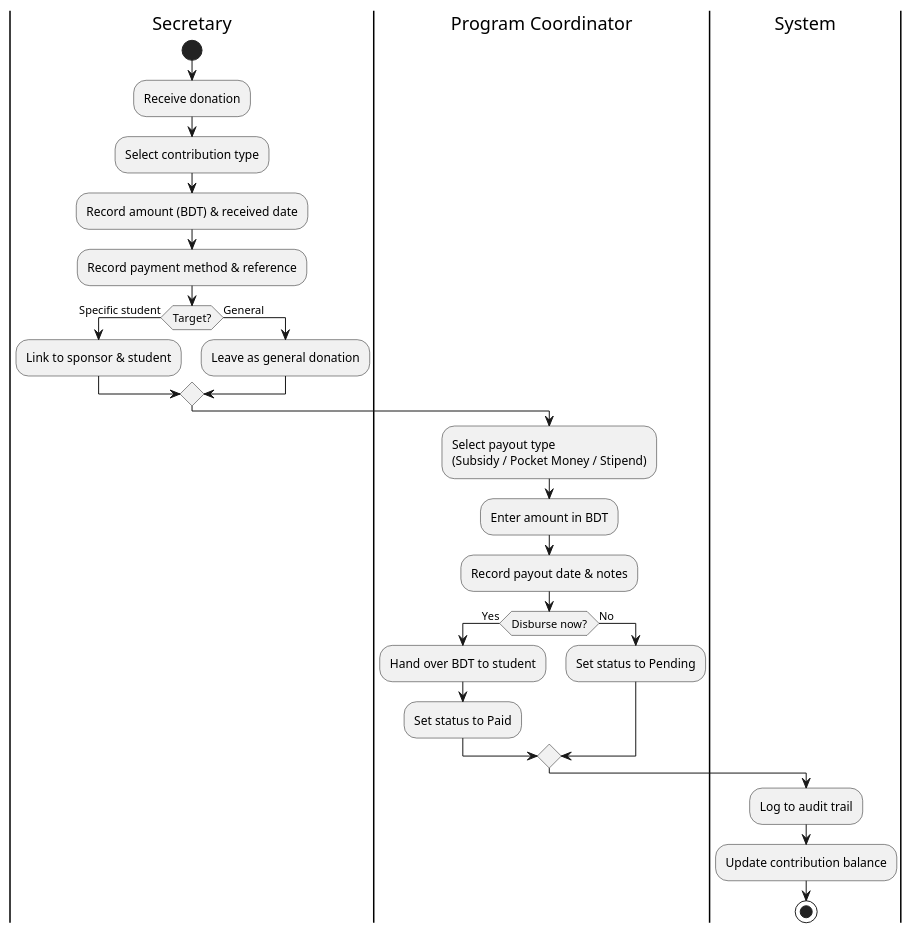
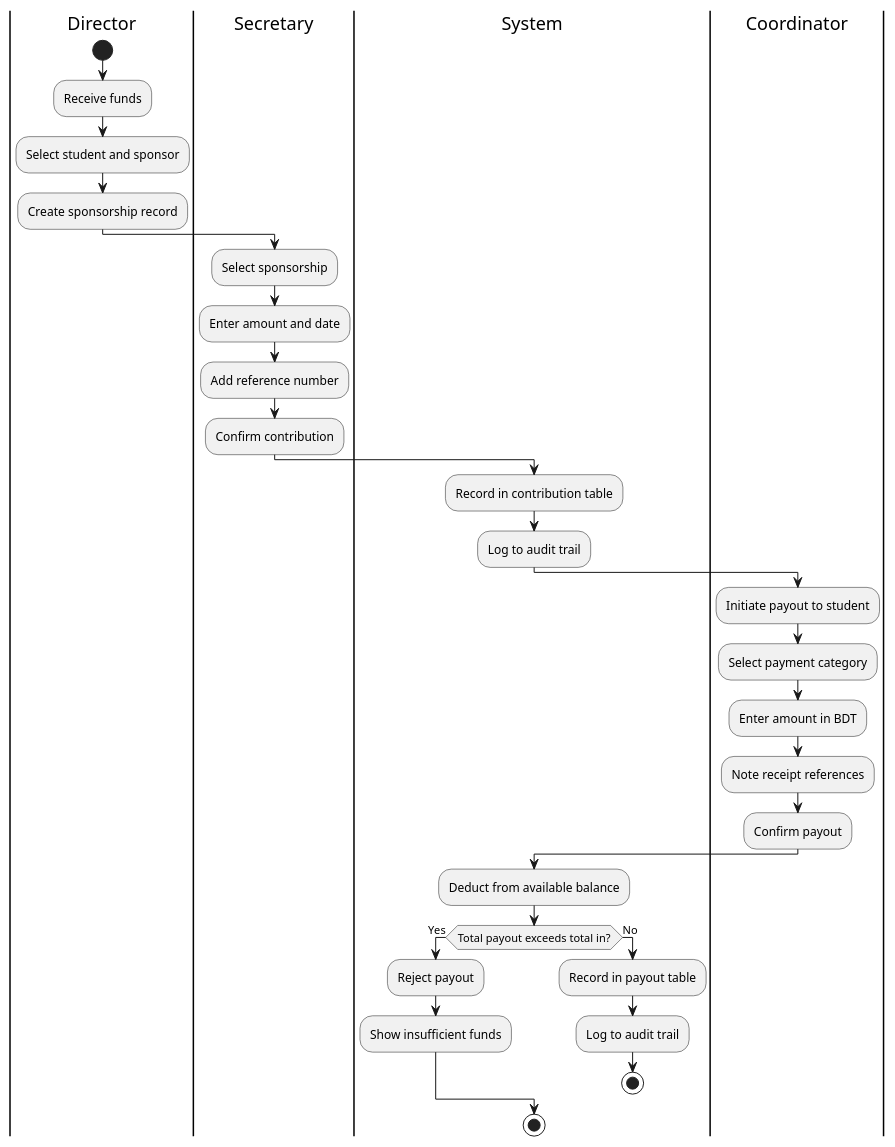
One commit to TainYanTun/BHSMS-Architectural-Blueprint changed the diagram in activity-diagram/workflow_finance.puml. Above: the diagram before and after it, drawn with PlantUML. The commit also changed 21 other files, not shown here.

First line of the commit message:
feat: add email gateway broadcast, sync ERD, update workflow diagrams

```diff
--- a/activity-diagram/workflow_finance.puml
+++ b/activity-diagram/workflow_finance.puml
@@ -1,29 +1,38 @@
 @startuml
+|Director|
+start
+:Receive funds;
+:Select student and sponsor;
+:Create sponsorship record;
+
 |Secretary|
-start
-:Receive donation;
-:Select contribution type;
-:Record amount (BDT) & received date;
-:Record payment method & reference;
-if (Target?) then (Specific student)
-  :Link to sponsor & student;
-else (General)
-  :Leave as general donation;
+:Select sponsorship;
+:Enter amount and date;
+:Add reference number;
+:Confirm contribution;
+
+|System|
+:Record in contribution table;
+:Log to audit trail;
+
+|Coordinator|
+:Initiate payout to student;
+:Select payment category;
+:Enter amount in BDT;
+:Note receipt references;
+:Confirm payout;
+
+|System|
+:Deduct from available balance;
+
+if (Total payout exceeds total in?) then (Yes)
+  :Reject payout;
+  :Show insufficient funds;
+  else (No)
+  :Record in payout table;
+  :Log to audit trail;
+  stop
 endif
 
-|Program Coordinator|
-:Select payout type\n(Subsidy / Pocket Money / Stipend);
-:Enter amount in BDT;
-:Record payout date & notes;
-if (Disburse now?) then (Yes)
-  :Hand over BDT to student;
-  :Set status to Paid;
-else (No)
-  :Set status to Pending;
-endif
-
-|System|
-:Log to audit trail;
-:Update contribution balance;
 stop
 @enduml
```
